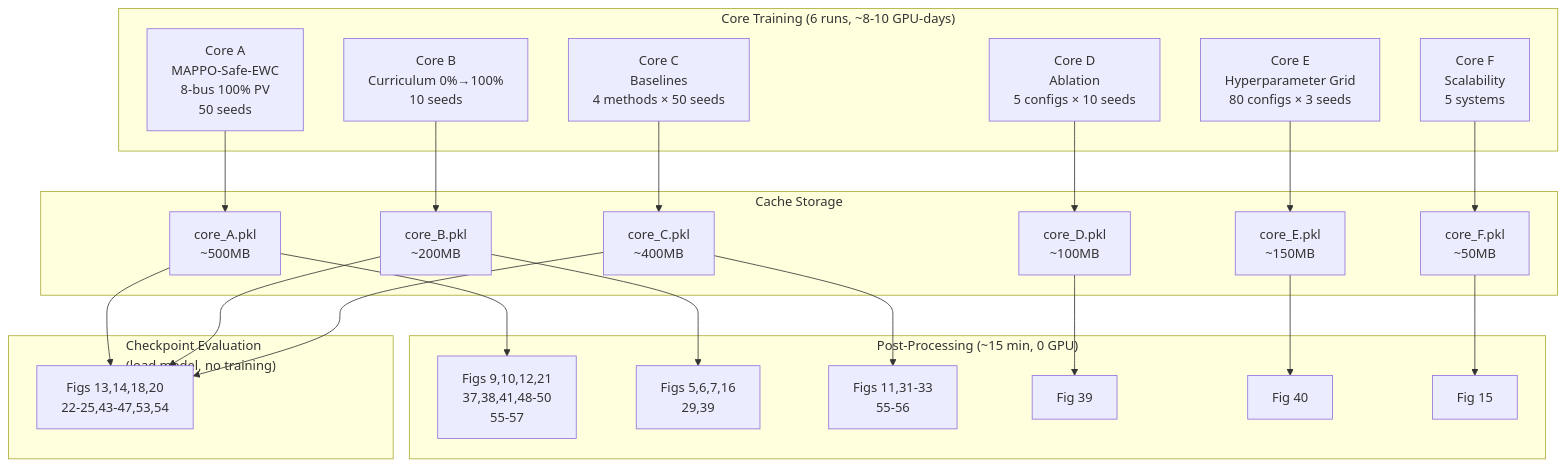
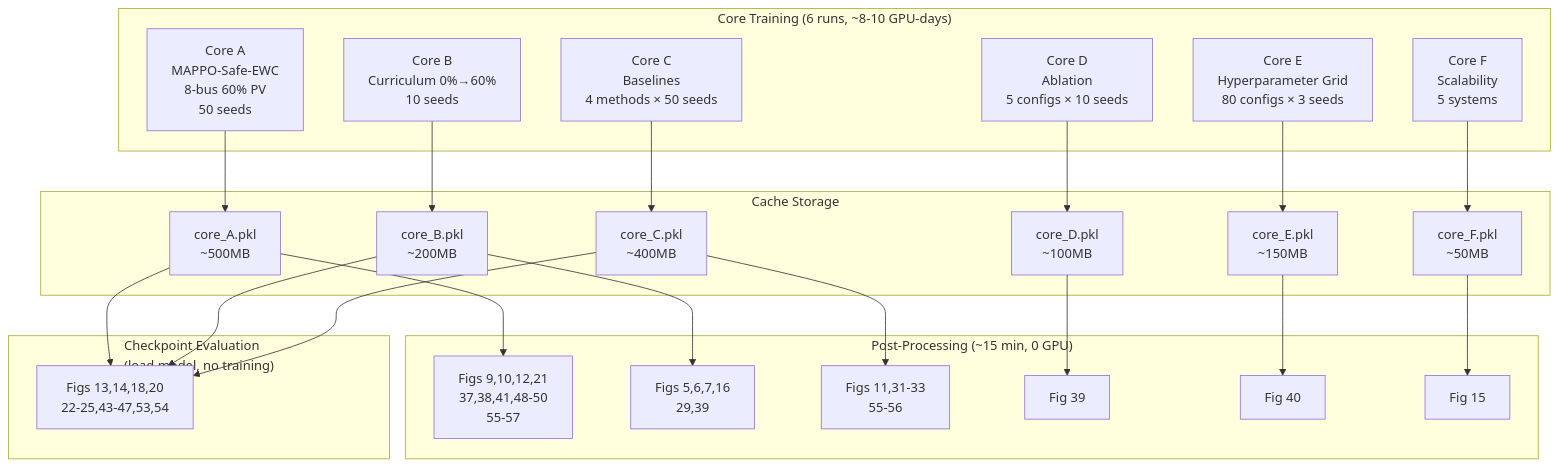
One commit to Deugs/DOCR_Research changed the diagram in PIPELINE_DIAGRAM.md. Above: the diagram before and after it, drawn with Mermaid. The commit also changed other lines of this file and 8 other files, not shown here.

````diff
--- a/PIPELINE_DIAGRAM.md
+++ b/PIPELINE_DIAGRAM.md
@@ -113,51 +113,51 @@
 ```mermaid
 flowchart TB
     subgraph CoreTraining["Core Training (6 runs, ~8-10 GPU-days)"]
-        A["Core A<br/>MAPPO-Safe-EWC<br/>8-bus 100% PV<br/>50 seeds"]
-        B["Core B<br/>Curriculum 0%→100%<br/>10 seeds"]
+        A["Core A<br/>MAPPO-Safe-EWC<br/>8-bus 60% PV<br/>50 seeds"]
+        B["Core B<br/>Curriculum 0%→60%<br/>10 seeds"]
         C["Core C<br/>Baselines<br/>4 methods × 50 seeds"]
         D["Core D<br/>Ablation<br/>5 configs × 10 seeds"]
         E["Core E<br/>Hyperparameter Grid<br/>80 configs × 3 seeds"]
         F["Core F<br/>Scalability<br/>5 systems"]
     end
 
     subgraph Cache["Cache Storage"]
         CA["core_A.pkl<br/>~500MB"]
         CB["core_B.pkl<br/>~200MB"]
         CC["core_C.pkl<br/>~400MB"]
         CD["core_D.pkl<br/>~100MB"]
         CE["core_E.pkl<br/>~150MB"]
         CF["core_F.pkl<br/>~50MB"]
     end
 
     subgraph PostProcess["Post-Processing (~15 min, 0 GPU)"]
         P1["Figs 9,10,12,21<br/>37,38,41,48-50<br/>55-57"]
         P2["Figs 5,6,7,16<br/>29,39"]
         P3["Figs 11,31-33<br/>55-56"]
         P4["Fig 39"]
         P5["Fig 40"]
         P6["Fig 15"]
     end
 
     subgraph Eval["Checkpoint Evaluation<br/>(load model, no training)"]
         R1["Figs 13,14,18,20<br/>22-25,43-47,53,54"]
     end
 
     A --> CA
     B --> CB
     C --> CC
     D --> CD
     E --> CE
     F --> CF
 
     CA --> P1
     CB --> P2
     CC --> P3
     CD --> P4
     CE --> P5
     CF --> P6
 
     CA --> R1
     CB --> R1
     CC --> R1
 ```
````
